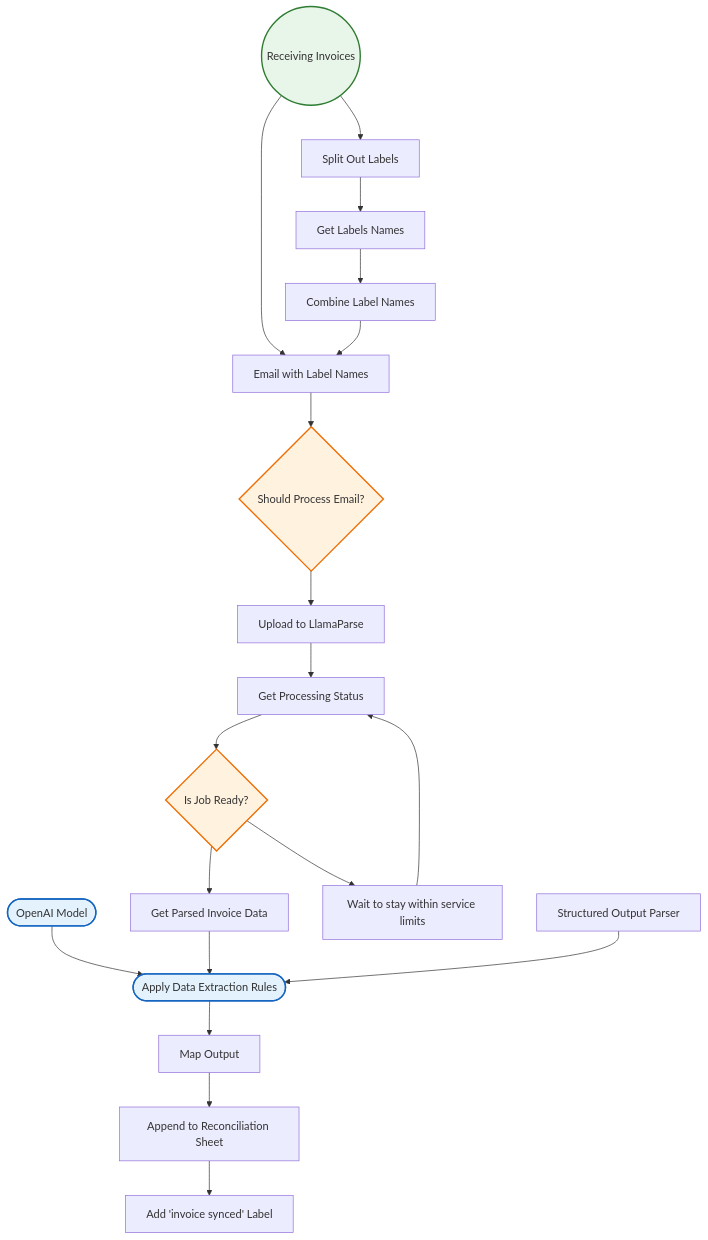
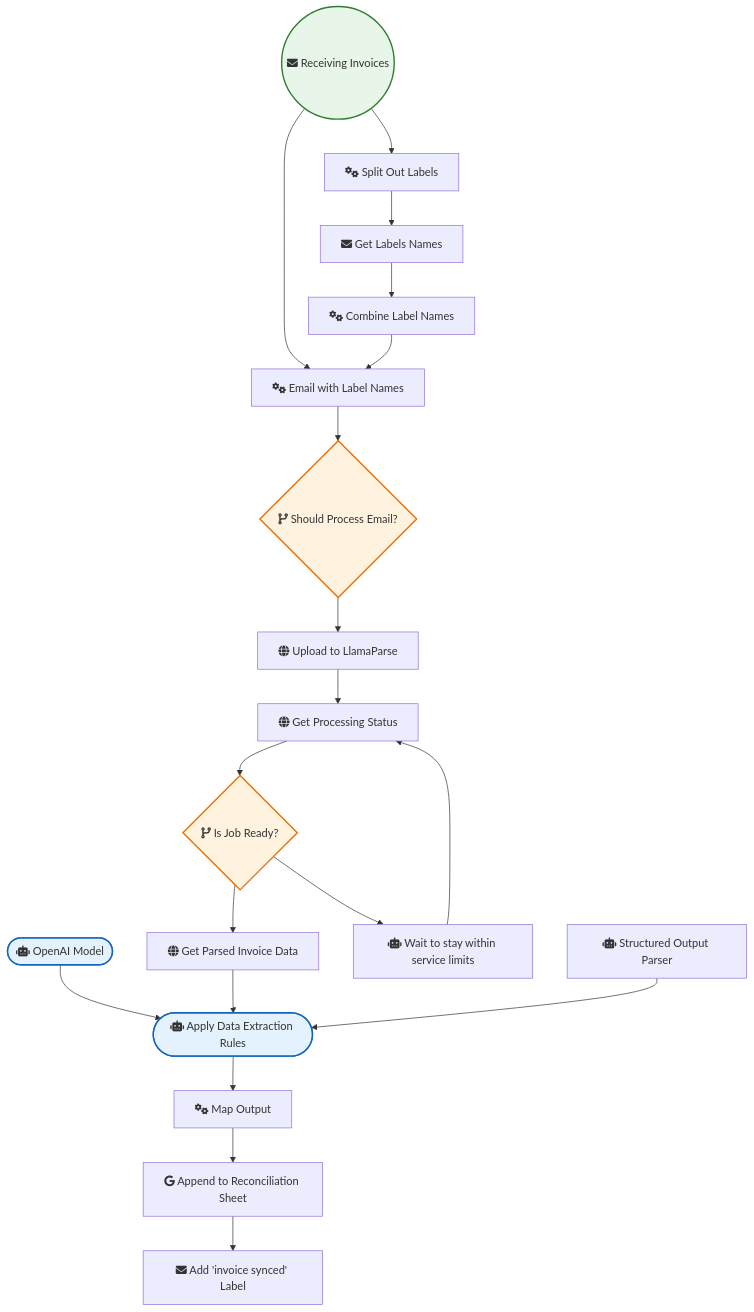
Before and after one commit to sreyash3105/N8N-DEMO-AUTOMATIONS: the diagram in PDF_and_Document_Processing/Invoice Data Extraction with Llamaparse and Openai 1.md, drawn with Mermaid. The commit also changed 291 other files, not shown here.

````diff
--- a/PDF_and_Document_Processing/Invoice Data Extraction with Llamaparse and Openai 1.md
+++ b/PDF_and_Document_Processing/Invoice Data Extraction with Llamaparse and Openai 1.md
@@ -1,43 +1,43 @@
 ```mermaid
 graph TD
     classDef trigger fill:#e8f5e9,stroke:#2e7d32,stroke-width:2px;
     classDef ai fill:#e3f2fd,stroke:#1565c0,stroke-width:2px;
     classDef logic fill:#fff3e0,stroke:#ef6c00,stroke-width:2px;
 
-    OpenAI_Model(["OpenAI Model"]):::ai
-    Structured_Output_Parser["Structured Output Parser"]
-    Upload_to_LlamaParse["Upload to LlamaParse"]
-    Receiving_Invoices(("Receiving Invoices")):::trigger
-    Append_to_Reconciliation_Sheet["Append to Reconciliation Sheet"]
-    Get_Processing_Status["Get Processing Status"]
-    Wait_to_stay_within_service_limits["Wait to stay within service limits"]
-    Is_Job_Ready_{"Is Job Ready?"}:::logic
-    Add__invoice_synced__Label["Add 'invoice synced' Label"]
-    Get_Parsed_Invoice_Data["Get Parsed Invoice Data"]
-    Map_Output["Map Output"]
-    Apply_Data_Extraction_Rules(["Apply Data Extraction Rules"]):::ai
-    Should_Process_Email_{"Should Process Email?"}:::logic
-    Split_Out_Labels["Split Out Labels"]
-    Get_Labels_Names["Get Labels Names"]
-    Combine_Label_Names["Combine Label Names"]
-    Email_with_Label_Names["Email with Label Names"]
+    OpenAI_Model(["fas:fa-robot OpenAI Model"]):::ai
+    Structured_Output_Parser["fas:fa-robot Structured Output Parser"]
+    Upload_to_LlamaParse["fas:fa-globe Upload to LlamaParse"]
+    Receiving_Invoices(("fas:fa-envelope Receiving Invoices")):::trigger
+    Append_to_Reconciliation_Sheet["fab:fa-google Append to Reconciliation Sheet"]
+    Get_Processing_Status["fas:fa-globe Get Processing Status"]
+    Wait_to_stay_within_service_limits["fas:fa-robot Wait to stay within service limits"]
+    Is_Job_Ready_{"fas:fa-code-branch Is Job Ready?"}:::logic
+    Add__invoice_synced__Label["fas:fa-envelope Add 'invoice synced' Label"]
+    Get_Parsed_Invoice_Data["fas:fa-globe Get Parsed Invoice Data"]
+    Map_Output["fas:fa-cogs Map Output"]
+    Apply_Data_Extraction_Rules(["fas:fa-robot Apply Data Extraction Rules"]):::ai
+    Should_Process_Email_{"fas:fa-code-branch Should Process Email?"}:::logic
+    Split_Out_Labels["fas:fa-cogs Split Out Labels"]
+    Get_Labels_Names["fas:fa-envelope Get Labels Names"]
+    Combine_Label_Names["fas:fa-cogs Combine Label Names"]
+    Email_with_Label_Names["fas:fa-cogs Email with Label Names"]
 
     Map_Output --> Append_to_Reconciliation_Sheet
     OpenAI_Model --> Apply_Data_Extraction_Rules
     Is_Job_Ready_ --> Get_Parsed_Invoice_Data
     Is_Job_Ready_ --> Wait_to_stay_within_service_limits
     Get_Labels_Names --> Combine_Label_Names
     Split_Out_Labels --> Get_Labels_Names
     Receiving_Invoices --> Split_Out_Labels
     Receiving_Invoices --> Email_with_Label_Names
     Combine_Label_Names --> Email_with_Label_Names
     Upload_to_LlamaParse --> Get_Processing_Status
     Get_Processing_Status --> Is_Job_Ready_
     Should_Process_Email_ --> Upload_to_LlamaParse
     Email_with_Label_Names --> Should_Process_Email_
     Get_Parsed_Invoice_Data --> Apply_Data_Extraction_Rules
     Structured_Output_Parser --> Apply_Data_Extraction_Rules
     Apply_Data_Extraction_Rules --> Map_Output
     Append_to_Reconciliation_Sheet --> Add__invoice_synced__Label
     Wait_to_stay_within_service_limits --> Get_Processing_Status
 ```
````
